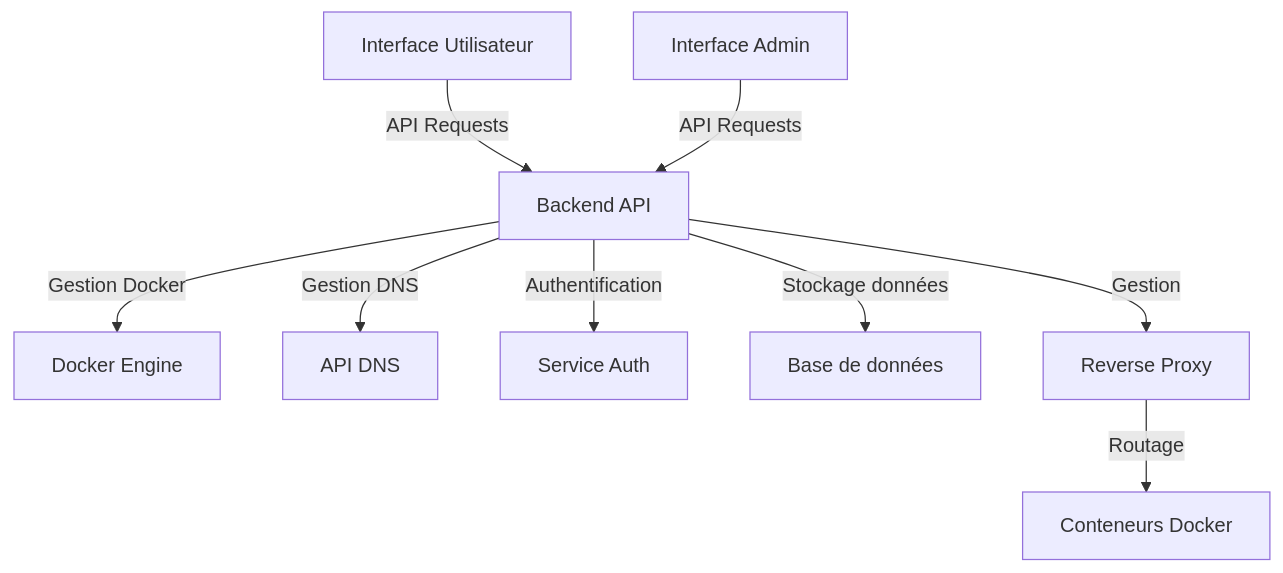
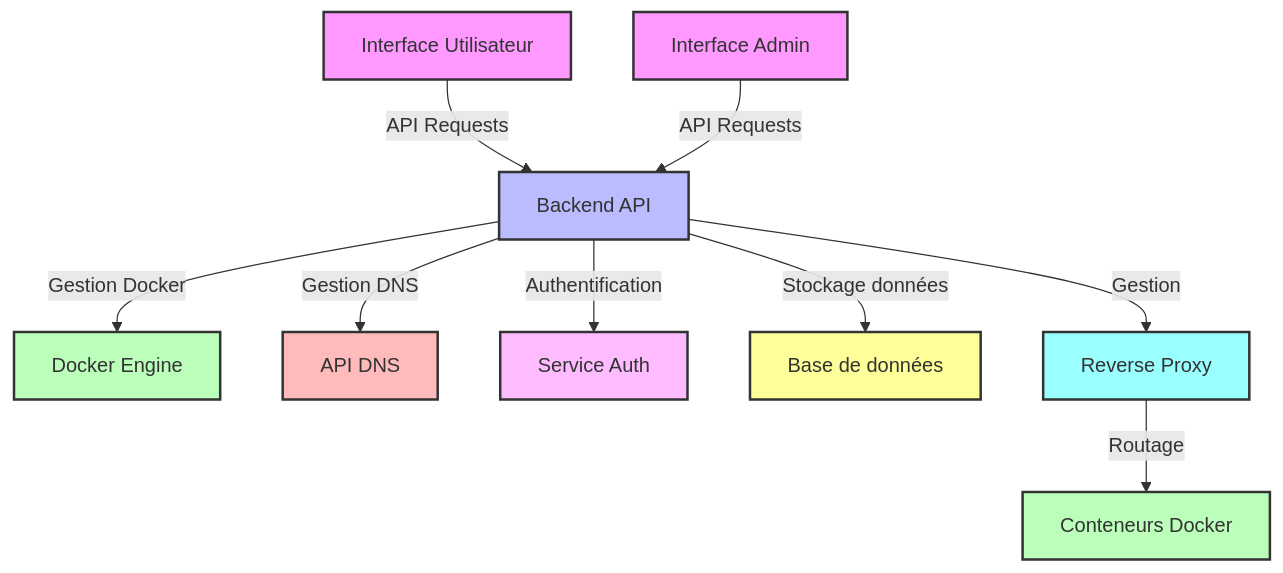
One commit to InsightSeeker-dev/DockerSphere changed the diagram in README.md. Above: the diagram before and after it, drawn with Mermaid. The commit also changed other lines of this file, not shown here.

````diff
--- a/README.md
+++ b/README.md
@@ -22,11 +25,21 @@
 ```mermaid
 graph TD
     A[Interface Utilisateur] -->|API Requests| B[Backend API]
     C[Interface Admin] -->|API Requests| B
     B -->|Gestion Docker| D[Docker Engine]
     B -->|Gestion DNS| E[API DNS]
     B -->|Authentification| F[Service Auth]
     B -->|Stockage données| G[Base de données]
     H[Reverse Proxy] -->|Routage| I[Conteneurs Docker]
     B -->|Gestion| H
+
+    style A fill:#f9f,stroke:#333,stroke-width:2px
+    style B fill:#bbf,stroke:#333,stroke-width:2px
+    style C fill:#f9f,stroke:#333,stroke-width:2px
+    style D fill:#bfb,stroke:#333,stroke-width:2px
+    style E fill:#fbb,stroke:#333,stroke-width:2px
+    style F fill:#fbf,stroke:#333,stroke-width:2px
+    style G fill:#ff9,stroke:#333,stroke-width:2px
+    style H fill:#9ff,stroke:#333,stroke-width:2px
+    style I fill:#bfb,stroke:#333,stroke-width:2px
 ```
````
